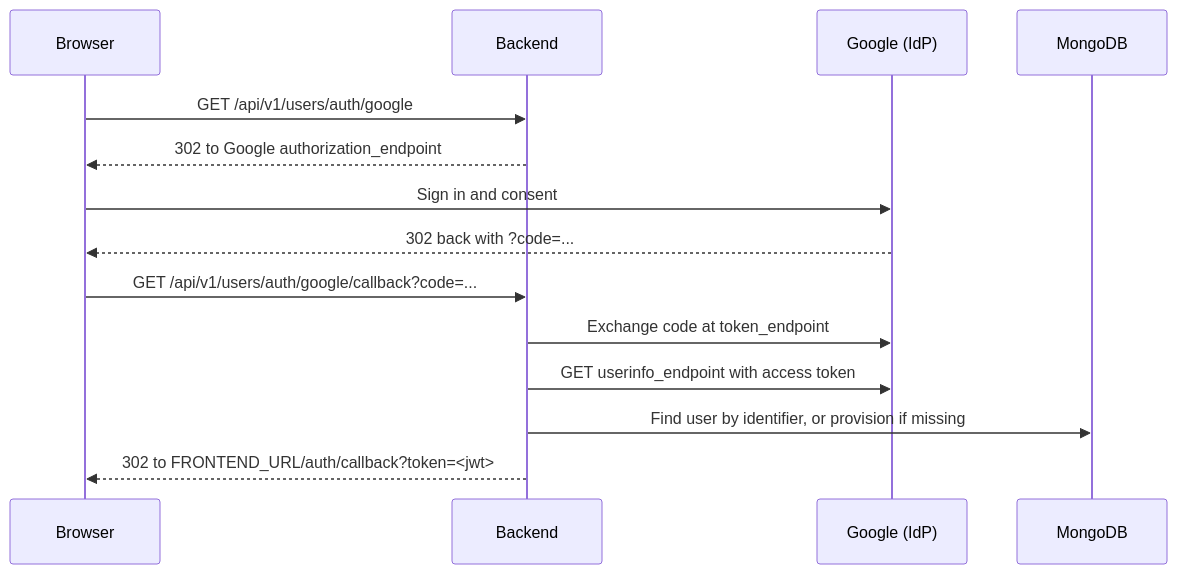
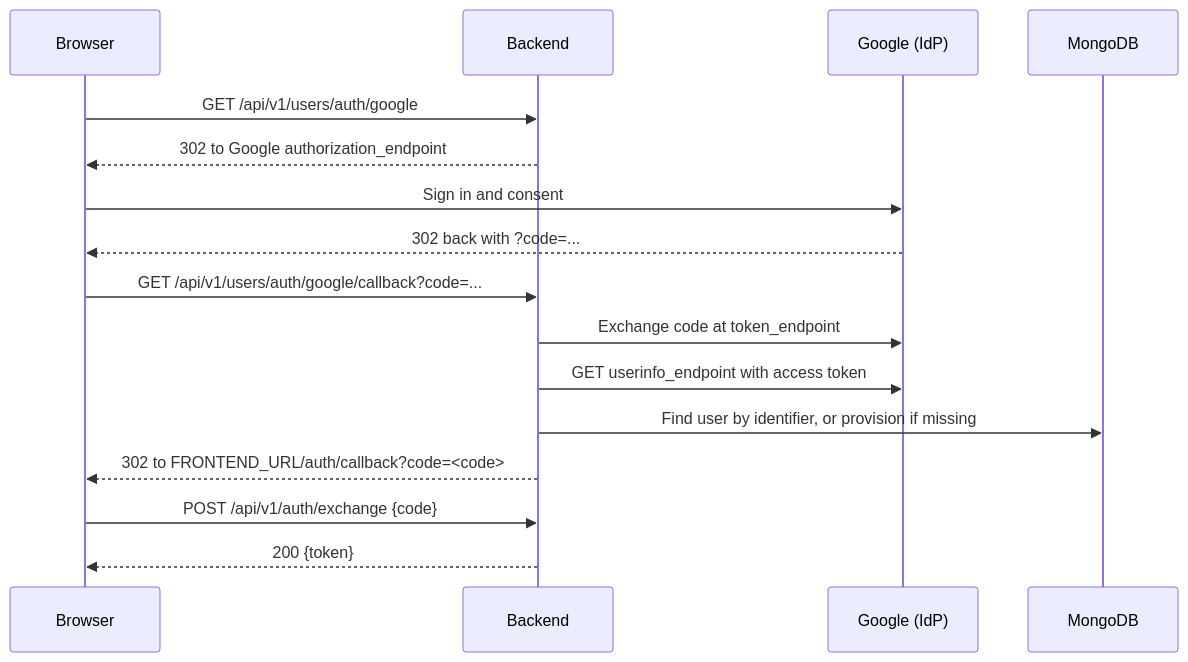
Before and after one commit to sebastiaoteixeira/stackform: the diagram in docs/v0.2/Tutorial/10-external-auth.md, drawn with Mermaid. The commit also changed other lines of this file and 12 other files, not shown here.

````diff
--- a/docs/v0.2/Tutorial/10-external-auth.md
+++ b/docs/v0.2/Tutorial/10-external-auth.md
@@ -169,16 +169,18 @@
 ```mermaid
 sequenceDiagram
     participant Browser
     participant Backend
     participant Google as Google (IdP)
     participant Mongo as MongoDB
     Browser->>Backend: GET /api/v1/users/auth/google
     Backend-->>Browser: 302 to Google authorization_endpoint
     Browser->>Google: Sign in and consent
     Google-->>Browser: 302 back with ?code=...
     Browser->>Backend: GET /api/v1/users/auth/google/callback?code=...
     Backend->>Google: Exchange code at token_endpoint
     Backend->>Google: GET userinfo_endpoint with access token
     Backend->>Mongo: Find user by identifier, or provision if missing
-    Backend-->>Browser: 302 to FRONTEND_URL/auth/callback?token=<jwt>
+    Backend-->>Browser: 302 to FRONTEND_URL/auth/callback?code=<code>
+    Browser->>Backend: POST /api/v1/auth/exchange {code}
+    Backend-->>Browser: 200 {token}
 ```
````
